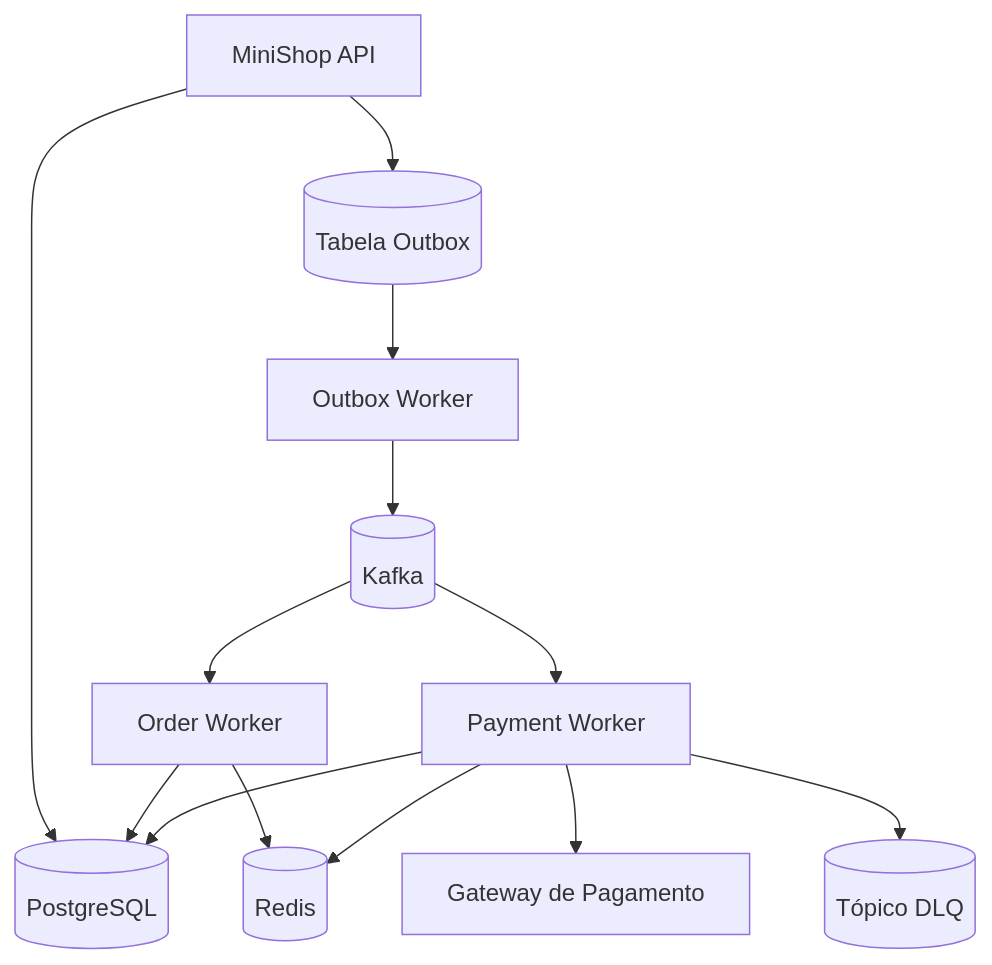
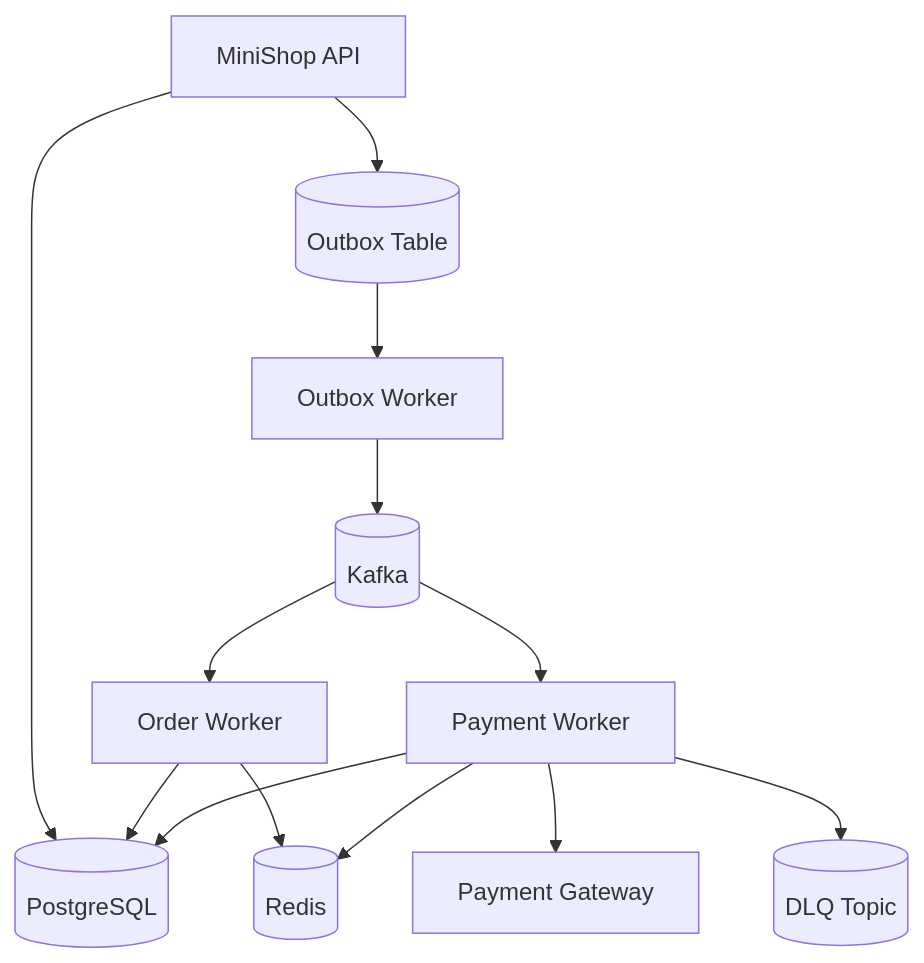
One commit to Thiago771414/event-driven-order-processing-system changed the first of 3 diagrams in event-driven-order-processing-system-main/fullstack-system-design-playbook/docs/backend-architecture.md. Above: the diagram before and after it, drawn with Mermaid. The commit also changed other lines of this file and 19 other files, not shown here.

````diff
--- a/event-driven-order-processing-system-main/fullstack-system-design-playbook/docs/backend-architecture.md
+++ b/event-driven-order-processing-system-main/fullstack-system-design-playbook/docs/backend-architecture.md
@@ -9,15 +9,15 @@
 ```mermaid
 flowchart TD
   API[MiniShop API] --> PG[(PostgreSQL)]
-  API --> O[(Tabela Outbox)]
+  API --> O[(Outbox Table)]
   O --> OW[Outbox Worker]
   OW --> K[(Kafka)]
   K --> OrderW[Order Worker]
   K --> PaymentW[Payment Worker]
   OrderW --> Redis[(Redis)]
   PaymentW --> Redis
   OrderW --> PG
   PaymentW --> PG
-  PaymentW --> GW[Gateway de Pagamento]
-  PaymentW --> DLQ[(Tópico DLQ)]
+  PaymentW --> GW[Payment Gateway]
+  PaymentW --> DLQ[(DLQ Topic)]
 ```
````
